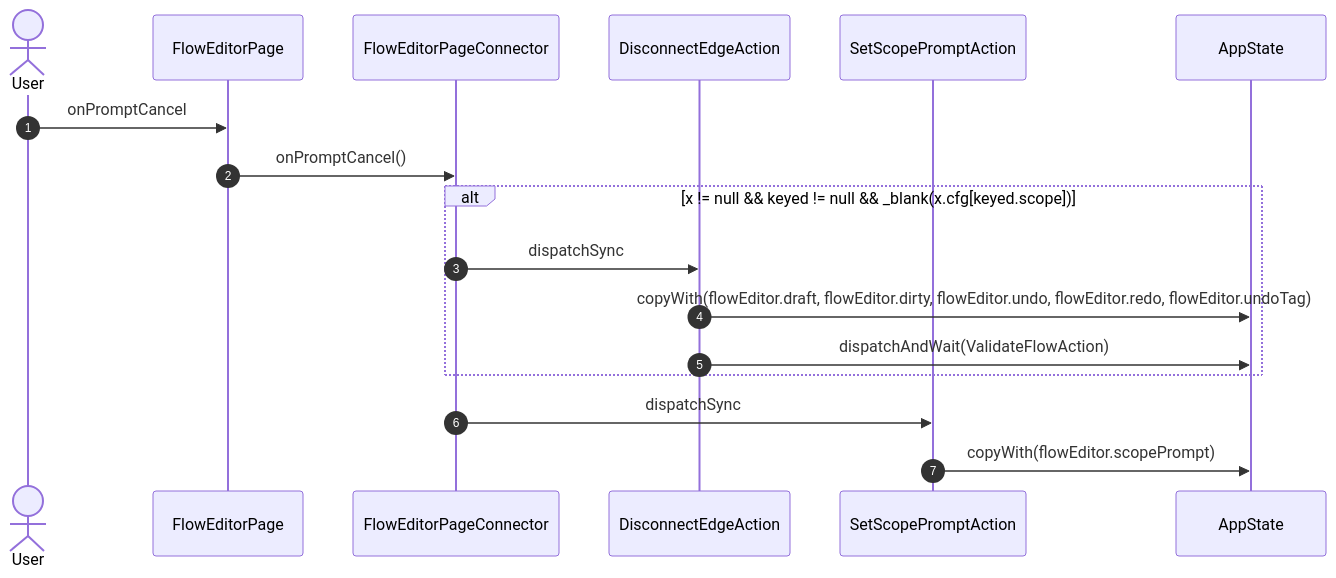
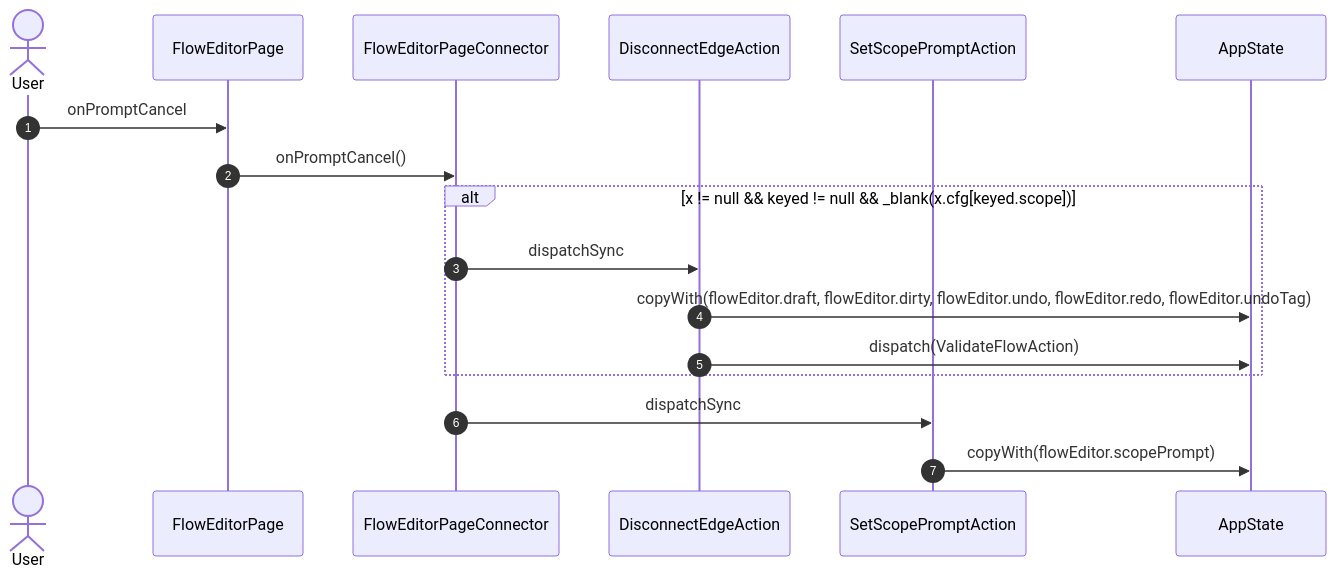
One commit to gencto/wyrm changed the eighth of 42 diagrams in studio/docs/flows/flowEditor.md. Above: the diagram before and after it, drawn with Mermaid. The commit also changed other lines of this file and 61 other files, not shown here.

First line of the commit message:
studio: flow editor: typed editor state, field ids and actions without unawaited

````diff
--- a/studio/docs/flows/flowEditor.md
+++ b/studio/docs/flows/flowEditor.md
@@ -165,20 +166,20 @@
 ```mermaid
 sequenceDiagram
     autonumber
     actor User
     participant UI as FlowEditorPage
     participant VM as FlowEditorPageConnector
     participant A1 as DisconnectEdgeAction
     participant A2 as SetScopePromptAction
     participant ST as AppState
 
     User->>UI: onPromptCancel
     UI->>VM: onPromptCancel()
     alt x != null && keyed != null && _blank(x.cfg[keyed.scope])
         VM->>A1: dispatchSync
         A1->>ST: copyWith(flowEditor.draft, flowEditor.dirty, flowEditor.undo, flowEditor.redo, flowEditor.undoTag)
-        A1->>ST: dispatchAndWait(ValidateFlowAction)
+        A1->>ST: dispatch(ValidateFlowAction)
     end
     VM->>A2: dispatchSync
     A2->>ST: copyWith(flowEditor.scopePrompt)
 ```
````
